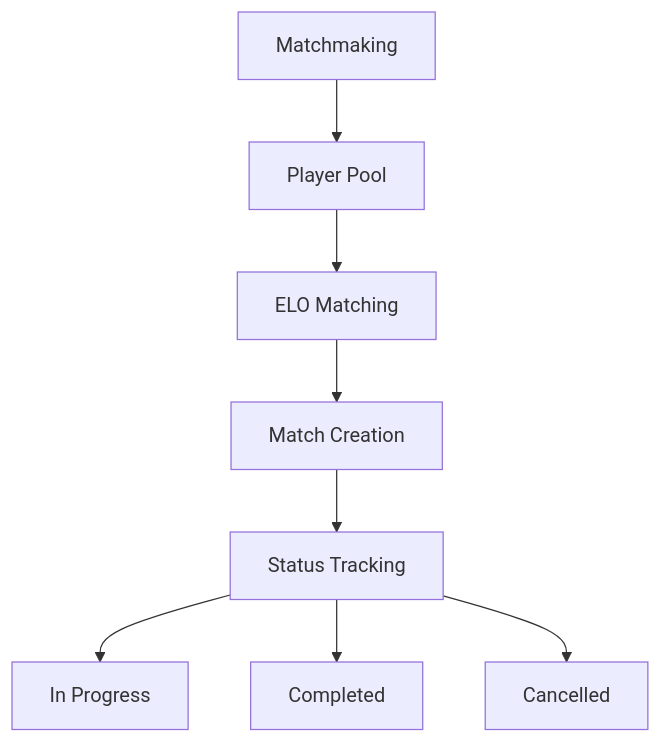
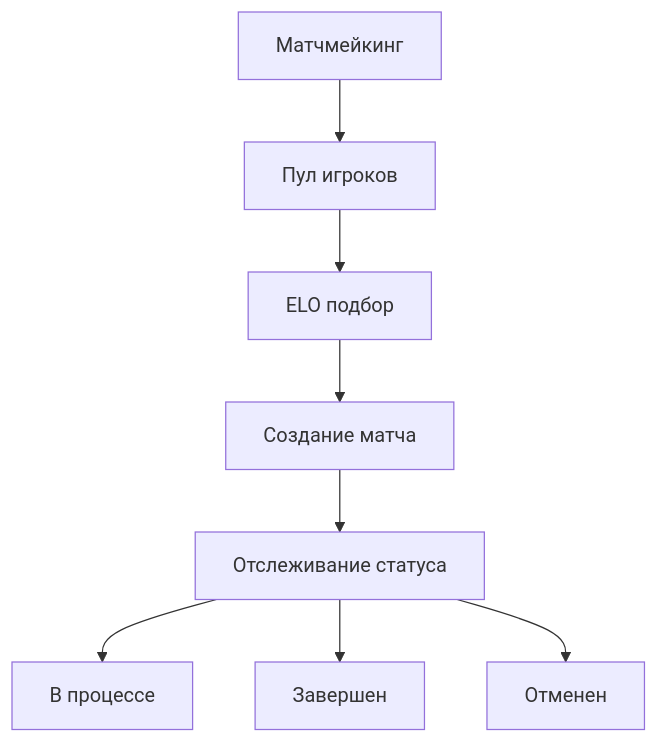
Before and after one commit to cosmicrafts/cosmicrafts-dao: the second of 2 diagrams in src/frontend/src/assets/markdown/ru/core-features.md, drawn with Mermaid. The commit also changed other lines of this file and 46 other files, not shown here.

````diff
--- a/src/frontend/src/assets/markdown/ru/core-features.md
+++ b/src/frontend/src/assets/markdown/ru/core-features.md
@@ -86,11 +85,11 @@
 ```mermaid
 graph TD
-    A[Matchmaking] --> B[Player Pool]
-    B --> C[ELO Matching]
-    C --> D[Match Creation]
-    D --> E[Status Tracking]
+    A[Матчмейкинг] --> B[Пул игроков]
+    B --> C[ELO подбор]
+    C --> D[Создание матча]
+    D --> E[Отслеживание статуса]
     
-    E --> F[In Progress]
-    E --> G[Completed]
-    E --> H[Cancelled]
+    E --> F[В процессе]
+    E --> G[Завершен]
+    E --> H[Отменен]
 ```
````
